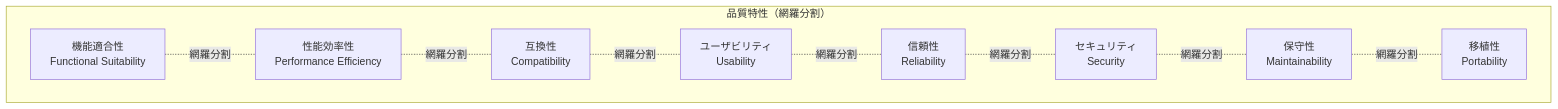
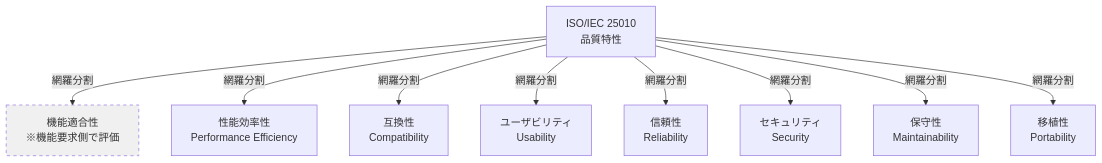
One commit to ikemo3/cogitoweave-doc changed the diagram in docs/10-vision-reality/04-system-properties/README.md. Above: the diagram before and after it, drawn with Mermaid. The commit also changed other lines of this file and 195 other files, not shown here.

````diff
--- a/docs/10-vision-reality/04-system-properties/README.md
+++ b/docs/10-vision-reality/04-system-properties/README.md
@@ -21,22 +22,14 @@
 ```mermaid
 graph TD
-    subgraph "品質特性（網羅分割）"
-        A[機能適合性<br/>Functional Suitability]
-        B[性能効率性<br/>Performance Efficiency]
-        C[互換性<br/>Compatibility]
-        D[ユーザビリティ<br/>Usability]
-        E[信頼性<br/>Reliability]
-        F[セキュリティ<br/>Security]
-        G[保守性<br/>Maintainability]
-        H[移植性<br/>Portability]
-    end
+    Q[ISO/IEC 25010<br/>品質特性]
+    Q -->|網羅分割| A[機能適合性<br/>※機能要求側で評価]
+    Q -->|網羅分割| B[性能効率性<br/>Performance Efficiency]
+    Q -->|網羅分割| C[互換性<br/>Compatibility]
+    Q -->|網羅分割| D[ユーザビリティ<br/>Usability]
+    Q -->|網羅分割| E[信頼性<br/>Reliability]
+    Q -->|網羅分割| F[セキュリティ<br/>Security]
+    Q -->|網羅分割| G[保守性<br/>Maintainability]
+    Q -->|網羅分割| H[移植性<br/>Portability]
     
-    
-    A -.網羅分割.- B
-    B -.網羅分割.- C
-    C -.網羅分割.- D
-    D -.網羅分割.- E
-    E -.網羅分割.- F
-    F -.網羅分割.- G
-    G -.網羅分割.- H
+    style A fill:#f0f0f0,stroke-dasharray: 5 5
 ```
````
